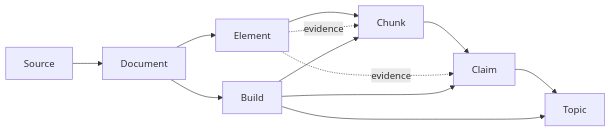
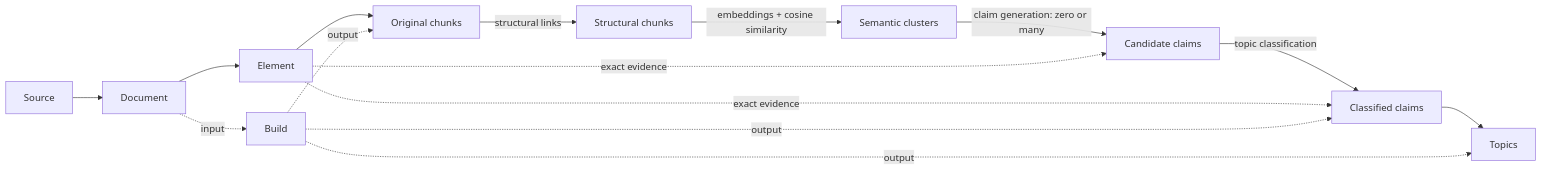
One commit to dieusangly/kf-mirror changed the diagram in doc/artifact-schemas.md. Above: the diagram before and after it, drawn with Mermaid. The commit also changed other lines of this file and 32 other files, not shown here.

Commit message:
Improve parsing & claim coverage accounting, add claim gen retry & classification reuse

````diff
--- a/doc/artifact-schemas.md
+++ b/doc/artifact-schemas.md
@@ -73,10 +73,15 @@
 ```mermaid
 flowchart LR
-  Source --> Document --> Element --> Chunk --> Claim --> Topic
-  Element -. evidence .-> Chunk
-  Element -. evidence .-> Claim
-  Build --> Chunk
-  Build --> Claim
-  Build --> Topic
-  Document --> Build
+  Source --> Document --> Element --> Original[Original chunks]
+  Original -->|structural links| Structural[Structural chunks]
+  Structural -->|embeddings + cosine similarity| Semantic[Semantic clusters]
+  Semantic -->|claim generation: zero or many| Candidate[Candidate claims]
+  Candidate -->|topic classification| Claim[Classified claims]
+  Claim --> Topic[Topics]
+  Element -. exact evidence .-> Candidate
+  Element -. exact evidence .-> Claim
+  Document -. input .-> Build
+  Build -. output .-> Original
+  Build -. output .-> Claim
+  Build -. output .-> Topic
 ```
````
